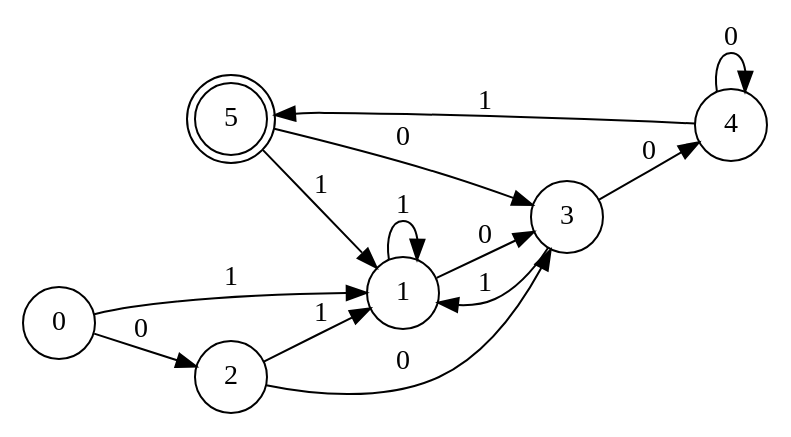
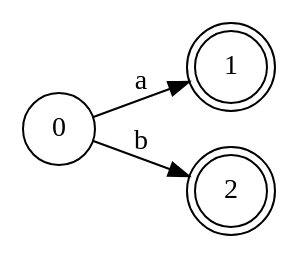
One commit to gusta257/Compis1 changed the diagram in fsam.gv. Above: the diagram before and after it, drawn with Graphviz. The commit also changed 7 other files, not shown here.

```diff
--- a/fsam.gv
+++ b/fsam.gv
@@ -1,29 +1,11 @@
 digraph finite_state_machine {
 	rankdir=LR size="8,5"
 	node [shape=doublecircle]
-	5
+	1
+	node [shape=doublecircle]
+	2
 	node [shape=circle]
-	0 -> 1 [label=1]
+	0 -> 1 [label=a]
 	node [shape=circle]
-	0 -> 2 [label=0]
-	node [shape=circle]
-	1 -> 1 [label=1]
-	node [shape=circle]
-	1 -> 3 [label=0]
-	node [shape=circle]
-	2 -> 1 [label=1]
-	node [shape=circle]
-	2 -> 3 [label=0]
-	node [shape=circle]
-	3 -> 1 [label=1]
-	node [shape=circle]
-	3 -> 4 [label=0]
-	node [shape=circle]
-	4 -> 5 [label=1]
-	node [shape=circle]
-	4 -> 4 [label=0]
-	node [shape=circle]
-	5 -> 1 [label=1]
-	node [shape=circle]
-	5 -> 3 [label=0]
+	0 -> 2 [label=b]
 }
```
